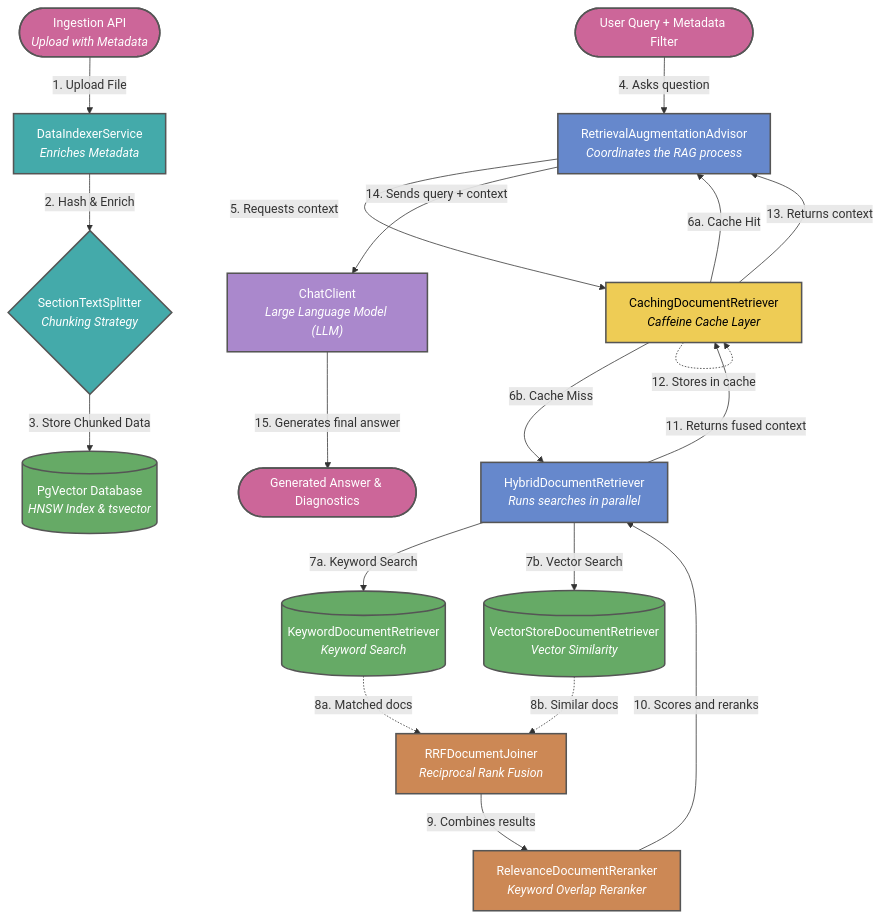
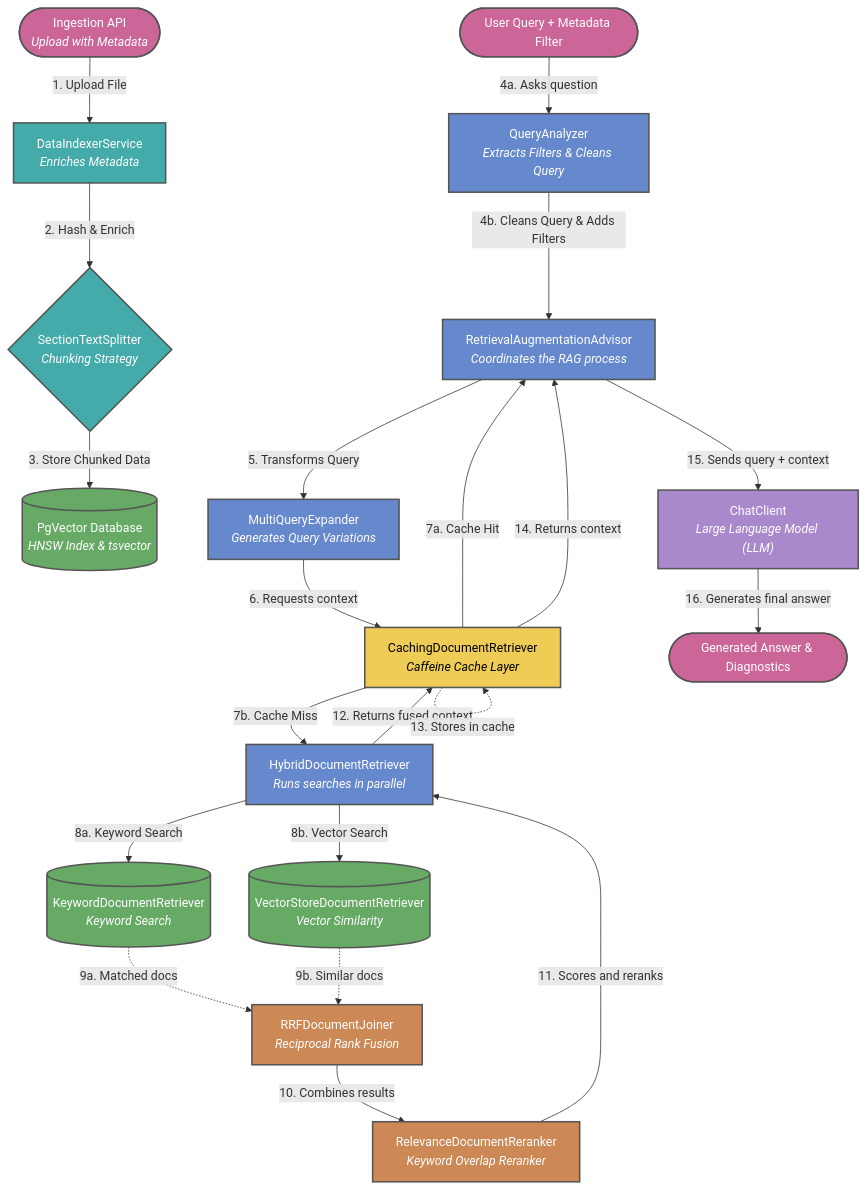
The diagram in rag/rag-springai-ollama-llm/ReadMe.md (rajadilipkolli/ai-playground), drawn with Mermaid before and after one commit. The commit also changed other lines of this file and 43 other files, not shown here.

First line of the commit message:
feat : introducing QueryExpander and Query Analyzer (#300)

````diff
--- a/rag/rag-springai-ollama-llm/ReadMe.md
+++ b/rag/rag-springai-ollama-llm/ReadMe.md
@@ -33,59 +33,63 @@
 ```mermaid
 flowchart TD
     %% Define Styles
     classDef userReq fill:#cc6699,stroke:#555555,stroke-width:2px,color:#fff;
     classDef coordinator fill:#6688cc,stroke:#555555,stroke-width:2px,color:#fff;
     classDef searchEngine fill:#66aa66,stroke:#555555,stroke-width:2px,color:#fff;
     classDef fusion fill:#cc8855,stroke:#555555,stroke-width:2px,color:#fff;
     classDef llm fill:#aa88cc,stroke:#555555,stroke-width:2px,color:#fff;
     classDef cache fill:#eecc55,stroke:#555555,stroke-width:2px,color:#000;
     classDef ingestion fill:#44aaaa,stroke:#555555,stroke-width:2px,color:#fff;
 
     %% Nodes for Ingestion
     IngestApi(["Ingestion API<br/><i>Upload with Metadata</i>"]):::userReq
     DataIndexer["DataIndexerService<br/><i>Enriches Metadata</i>"]:::ingestion
     Splitter{"SectionTextSplitter<br/><i>Chunking Strategy</i>"}:::ingestion
     DB[("PgVector Database<br/><i>HNSW Index & tsvector</i>")]:::searchEngine
 
     %% Nodes for Retrieval
     User(["User Query + Metadata Filter"]):::userReq
+    Analyzer["QueryAnalyzer<br/><i>Extracts Filters & Cleans Query</i>"]:::coordinator
     Advisor["RetrievalAugmentationAdvisor<br/><i>Coordinates the RAG process</i>"]:::coordinator
+    MultiQuery["MultiQueryExpander<br/><i>Generates Query Variations</i>"]:::coordinator
     Cache["CachingDocumentRetriever<br/><i>Caffeine Cache Layer</i>"]:::cache
     HybridRetriever["HybridDocumentRetriever<br/><i>Runs searches in parallel</i>"]:::coordinator
     
     KeywordSearch[("KeywordDocumentRetriever<br/><i>Keyword Search</i>")]:::searchEngine
     VectorSearch[("VectorStoreDocumentRetriever<br/><i>Vector Similarity</i>")]:::searchEngine
     
     Joiner["RRFDocumentJoiner<br/><i>Reciprocal Rank Fusion</i>"]:::fusion
     Reranker["RelevanceDocumentReranker<br/><i>Keyword Overlap Reranker</i>"]:::fusion
     
     Ollama["ChatClient<br/><i>Large Language Model (LLM)</i>"]:::llm
     Response(["Generated Answer & Diagnostics"]):::userReq
 
     %% Ingestion Flow
     IngestApi -->|1. Upload File| DataIndexer
     DataIndexer -->|2. Hash & Enrich| Splitter
     Splitter -->|3. Store Chunked Data| DB
     
     %% Retrieval Flow
-    User -->|4. Asks question| Advisor
-    Advisor -->|5. Requests context| Cache
+    User -->|4a. Asks question| Analyzer
+    Analyzer -->|4b. Cleans Query & Adds Filters| Advisor
+    Advisor -->|5. Transforms Query| MultiQuery
+    MultiQuery -->|6. Requests context| Cache
     
-    Cache -- 6a. Cache Hit --> Advisor
-    Cache -->|6b. Cache Miss| HybridRetriever
+    Cache -- 7a. Cache Hit --> Advisor
+    Cache -->|7b. Cache Miss| HybridRetriever
     
-    HybridRetriever -->|7a. Keyword Search| KeywordSearch
-    HybridRetriever -->|7b. Vector Search| VectorSearch
+    HybridRetriever -->|8a. Keyword Search| KeywordSearch
+    HybridRetriever -->|8b. Vector Search| VectorSearch
     
-    KeywordSearch -.->|8a. Matched docs| Joiner
-    VectorSearch -.->|8b. Similar docs| Joiner
+    KeywordSearch -.->|9a. Matched docs| Joiner
+    VectorSearch -.->|9b. Similar docs| Joiner
     
-    Joiner -->|9. Combines results| Reranker
-    Reranker -->|10. Scores and reranks| HybridRetriever
-    HybridRetriever -->|11. Returns fused context| Cache
-    Cache -.->|12. Stores in cache| Cache
-    Cache -->|13. Returns context| Advisor
+    Joiner -->|10. Combines results| Reranker
+    Reranker -->|11. Scores and reranks| HybridRetriever
+    HybridRetriever -->|12. Returns fused context| Cache
+    Cache -.->|13. Stores in cache| Cache
+    Cache -->|14. Returns context| Advisor
     
-    Advisor -->|14. Sends query + context| Ollama
-    Ollama -->|15. Generates final answer| Response
+    Advisor -->|15. Sends query + context| Ollama
+    Ollama -->|16. Generates final answer| Response
 ```
````
